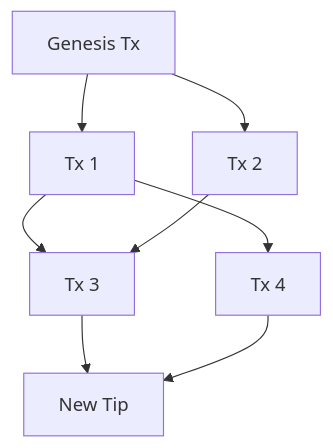
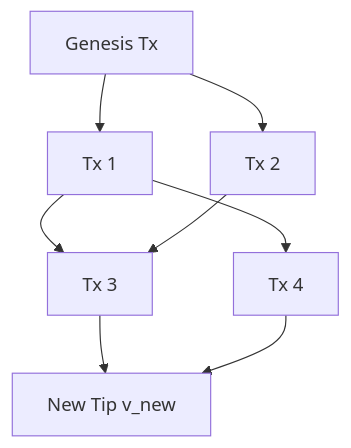
The diagram in whitepaper.md (sikkalabs/sikka), drawn with Mermaid before and after one commit. The commit also changed other lines of this file, not shown here.

Commit message:
Revise whitepaper to enhance clarity and structure, including updates to the abstract, executive summary, and sections on Sikka's architecture and features.

````diff
--- a/whitepaper.md
+++ b/whitepaper.md
@@ -36,10 +37,10 @@
 ```mermaid
 graph TD
     A[Genesis Tx] --> B[Tx 1]
     A --> C[Tx 2]
     B --> D[Tx 3]
     C --> D
     B --> E[Tx 4]
-    D --> F[New Tip]
+    D --> F[New Tip v_new]
     E --> F
 ```
````
